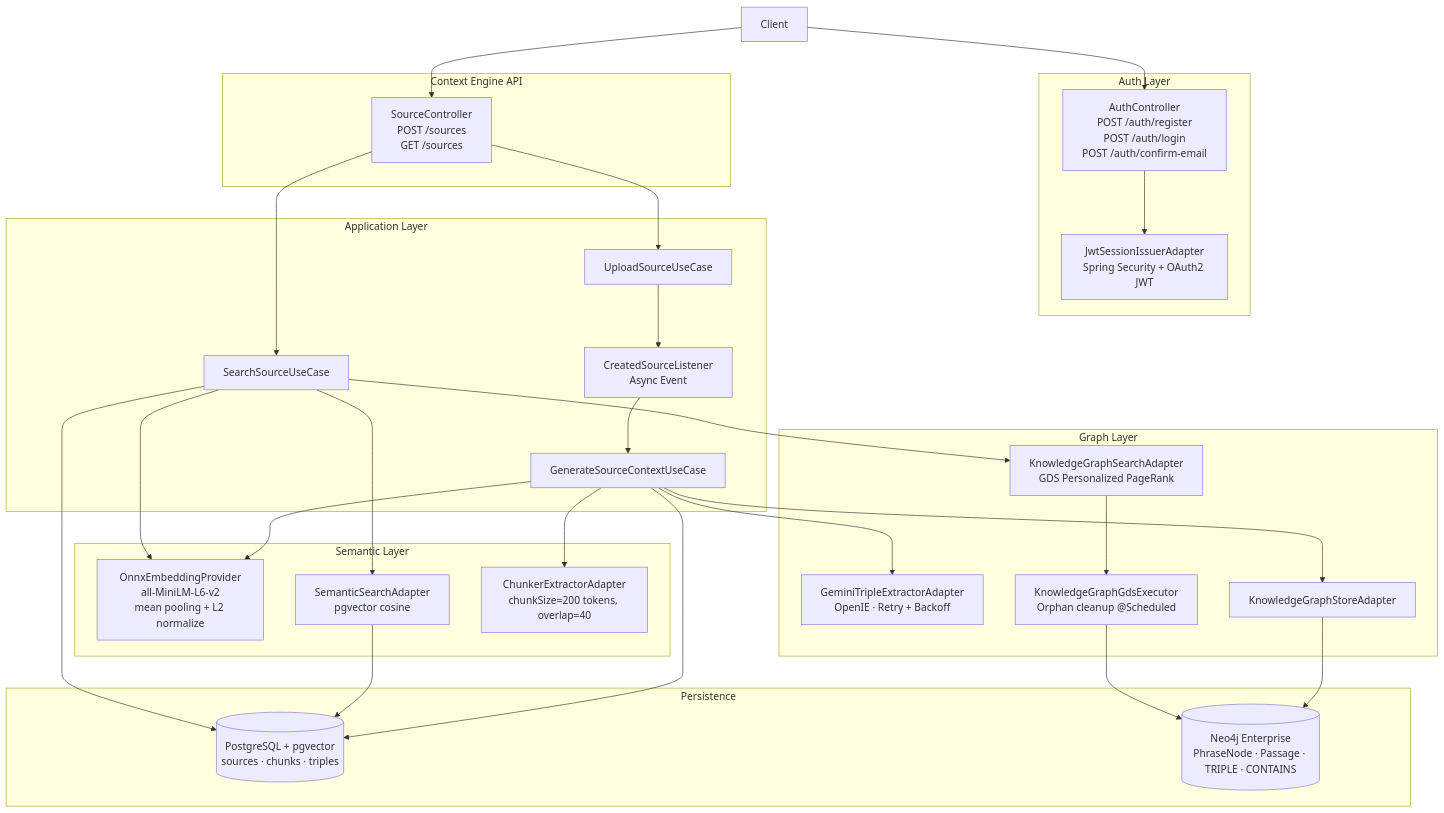
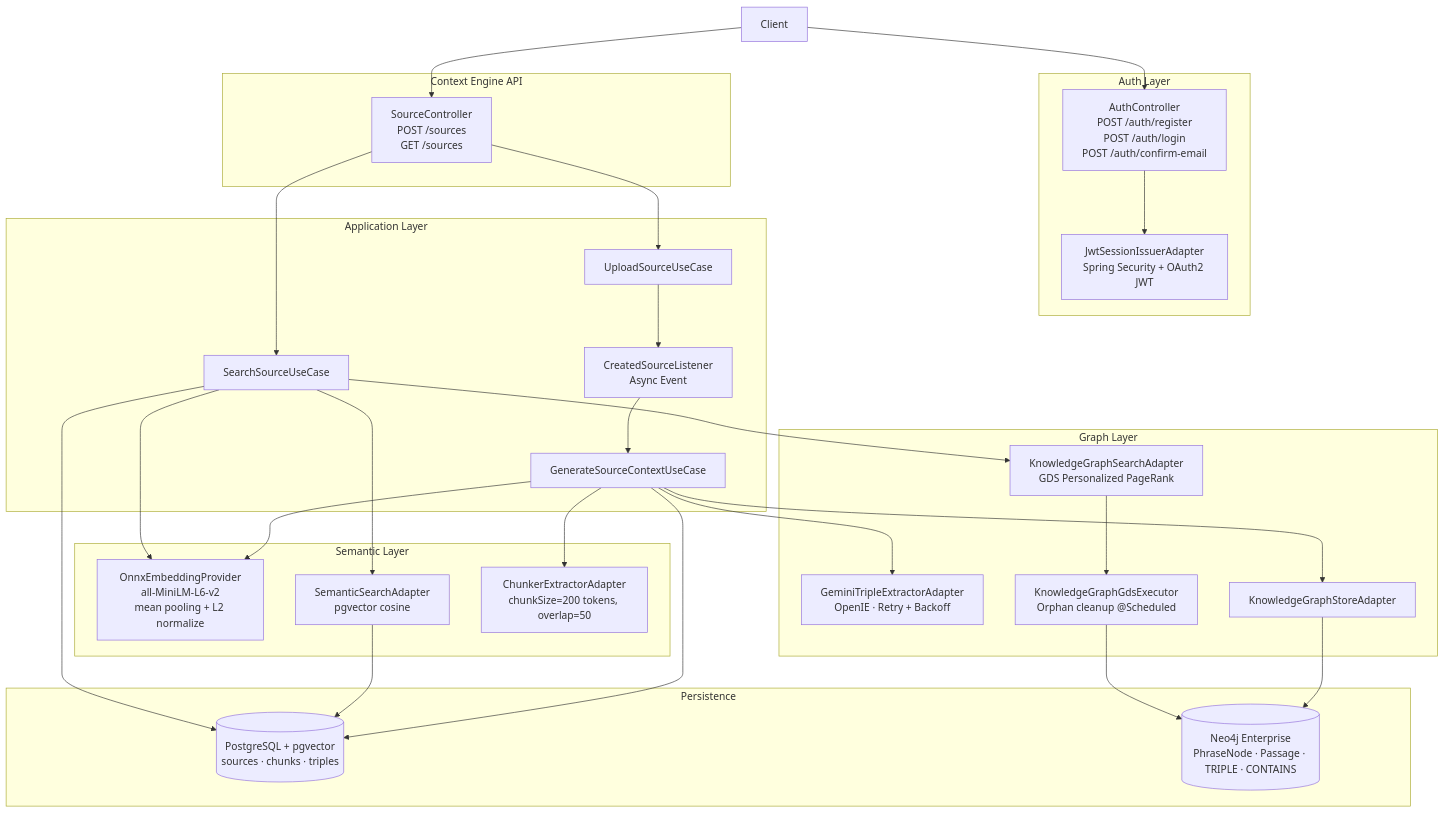
Before and after one commit to Luca5Eckert/Kairos: the diagram in README.md, drawn with Mermaid. The commit also changed other lines of this file, not shown here.

First line of the commit message:
docs: fix upload source inaccuracies (chunking phase, overlap=50, GET body field)

````diff
--- a/README.md
+++ b/README.md
@@ -41,60 +41,60 @@
 ```mermaid
 graph TB
     C[Client]
 
     subgraph Auth Layer
       AC[AuthController\nPOST /auth/register\nPOST /auth/login\nPOST /auth/confirm-email]
       JWT[JwtSessionIssuerAdapter\nSpring Security + OAuth2 JWT]
     end
 
     subgraph Context Engine API
       SC[SourceController\nPOST /sources\nGET /sources]
     end
 
     subgraph Application Layer
       U[UploadSourceUseCase]
       L[CreatedSourceListener\nAsync Event]
       G[GenerateSourceContextUseCase]
       S[SearchSourceUseCase]
     end
 
     subgraph Semantic Layer
       E[OnnxEmbeddingProvider\nall-MiniLM-L6-v2\nmean pooling + L2 normalize]
       V[SemanticSearchAdapter\npgvector cosine]
-      X[ChunkerExtractorAdapter\nchunkSize=200 tokens, overlap=40]
+      X[ChunkerExtractorAdapter\nchunkSize=200 tokens, overlap=50]
     end
 
     subgraph Graph Layer
       GX[GeminiTripleExtractorAdapter\nOpenIE · Retry + Backoff]
       KS[KnowledgeGraphStoreAdapter]
       KQ[KnowledgeGraphSearchAdapter\nGDS Personalized PageRank]
       GE[KnowledgeGraphGdsExecutor\nOrphan cleanup @Scheduled]
     end
 
     subgraph Persistence
       PG[(PostgreSQL + pgvector\nsources · chunks · triples)]
       N[(Neo4j Enterprise\nPhraseNode · Passage · TRIPLE · CONTAINS)]
     end
 
     C --> AC
     AC --> JWT
     C --> SC
     SC --> U
     U --> L
     L --> G
     G --> X
     G --> E
     G --> GX
     G --> PG
     G --> KS
     KS --> N
 
     SC --> S
     S --> E
     S --> V
     V --> PG
     S --> KQ
     KQ --> GE
     GE --> N
     S --> PG
 ```
````
